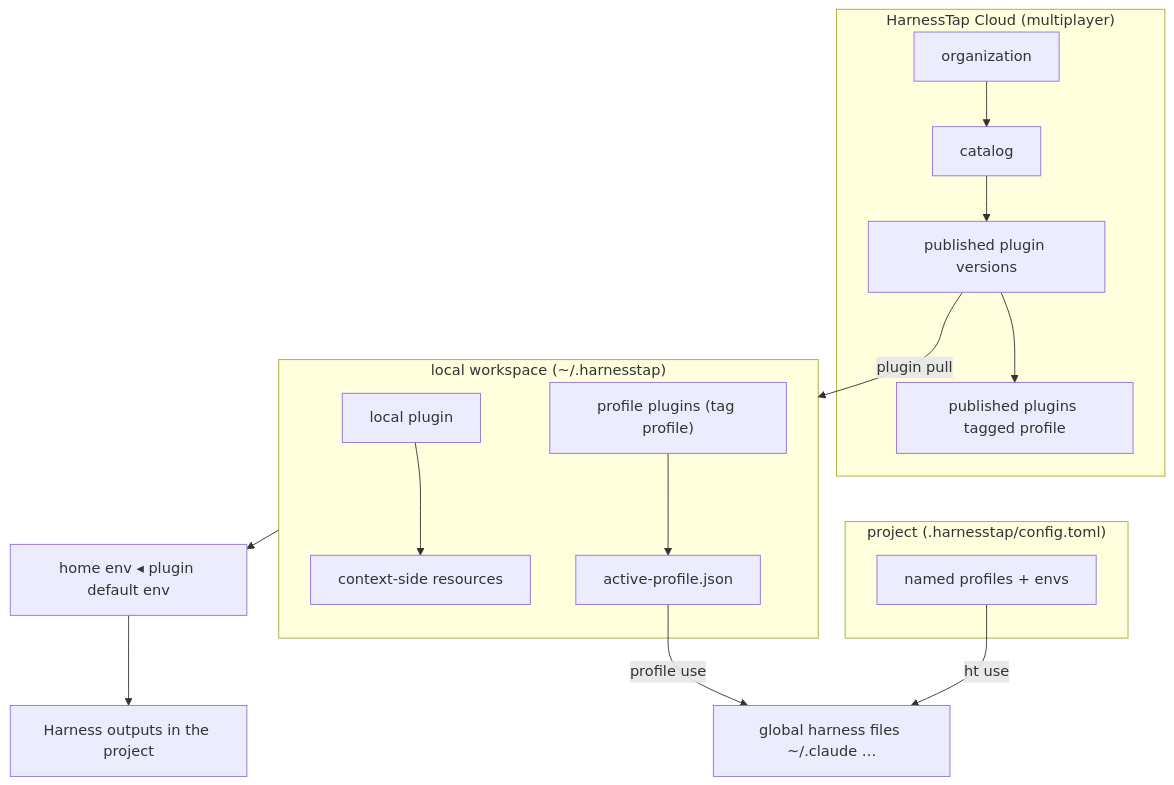
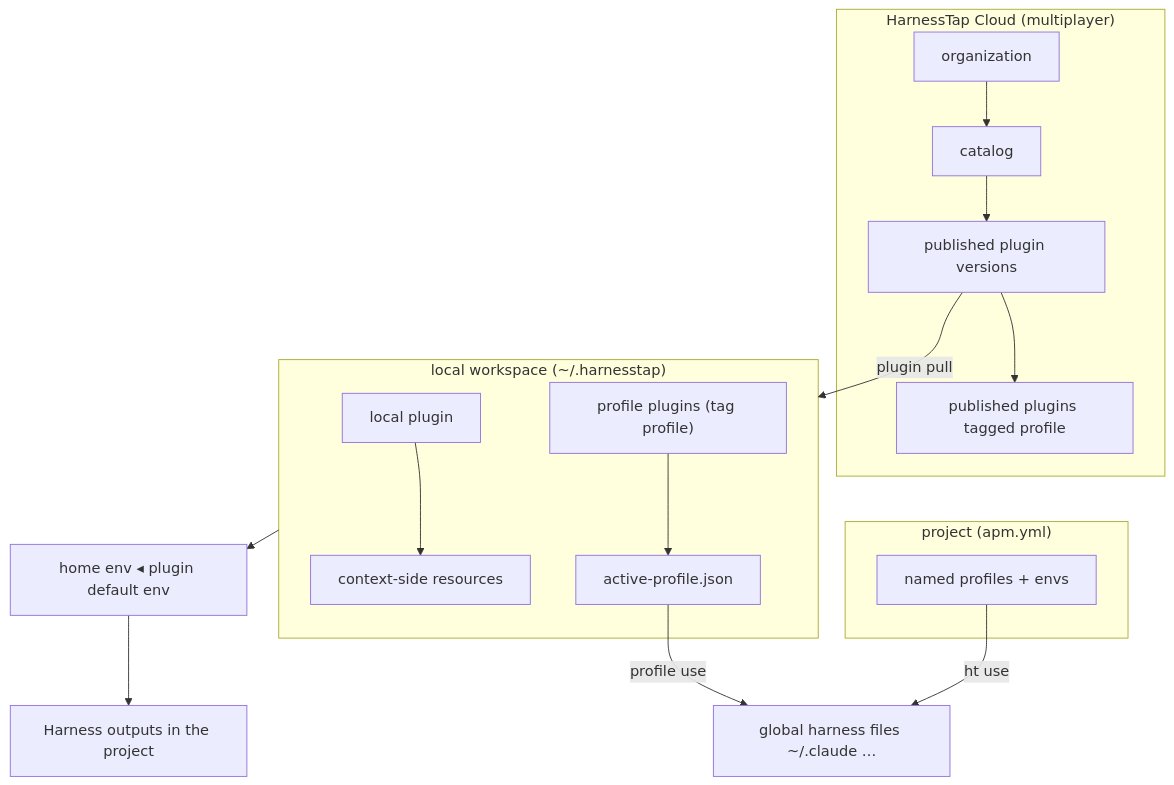
Before and after one commit to harnesstap/harnesstap: the diagram in SPEC.md, drawn with Mermaid. The commit also changed other lines of this file and 48 other files, not shown here.

First line of the commit message:
Adopt apm.yml as the project manifest (#146)

````diff
--- a/SPEC.md
+++ b/SPEC.md
@@ -33,30 +33,30 @@
 ```mermaid
 flowchart TB
   subgraph Cloud["HarnessTap Cloud (multiplayer)"]
     Org[organization]
     Cat[catalog]
     PubL[published plugin versions]
     PubP["published plugins tagged profile"]
     Org --> Cat --> PubL
     PubL --> PubP
   end
 
   subgraph Workspace["local workspace (~/.harnesstap)"]
     LL[local plugin]
     Res[context-side resources]
     PL["profile plugins (tag profile)"]
     AP[active-profile.json]
     LL --> Res
     PL --> AP
   end
 
-  subgraph Project["project (.harnesstap/config.toml)"]
+  subgraph Project["project (apm.yml)"]
     PC[named profiles + envs]
   end
 
   PubL -->|plugin pull| Workspace
   Workspace --> Cascade["home env ◂ plugin default env"]
   AP -->|profile use| Global["global harness files ~/.claude …"]
   PC -->|ht use| Global
   Cascade --> Out[Harness outputs in the project]
 ```
````
